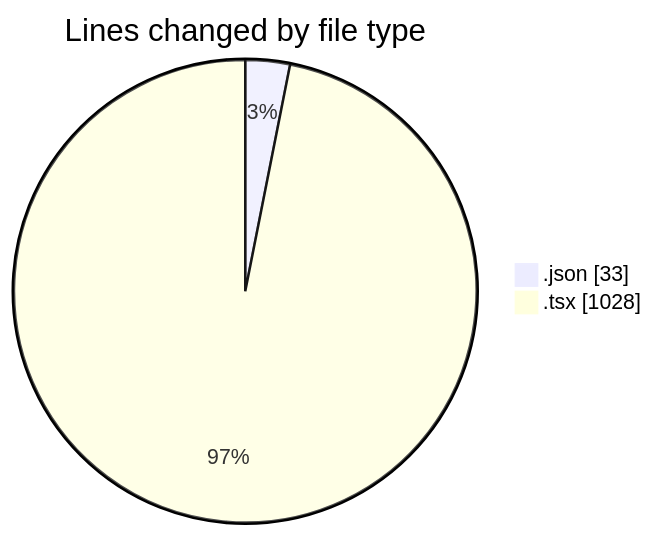
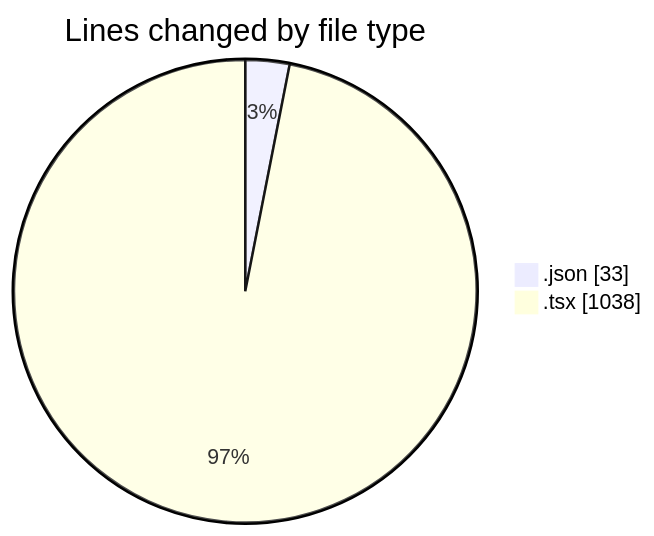
Before and after one commit to Elitesun/code-tracking: the first of 2 diagrams in 2025-03-11/projet_stage/README.md, drawn with Mermaid. The commit also changed other lines of this file and 1 other file, not shown here.

````diff
--- a/2025-03-11/projet_stage/README.md
+++ b/2025-03-11/projet_stage/README.md
@@ -29,6 +30,6 @@
 ```mermaid
 pie showData
 title Lines changed by file type
 ".json" : 33
-".tsx" : 1028
+".tsx" : 1038
 ```
````
